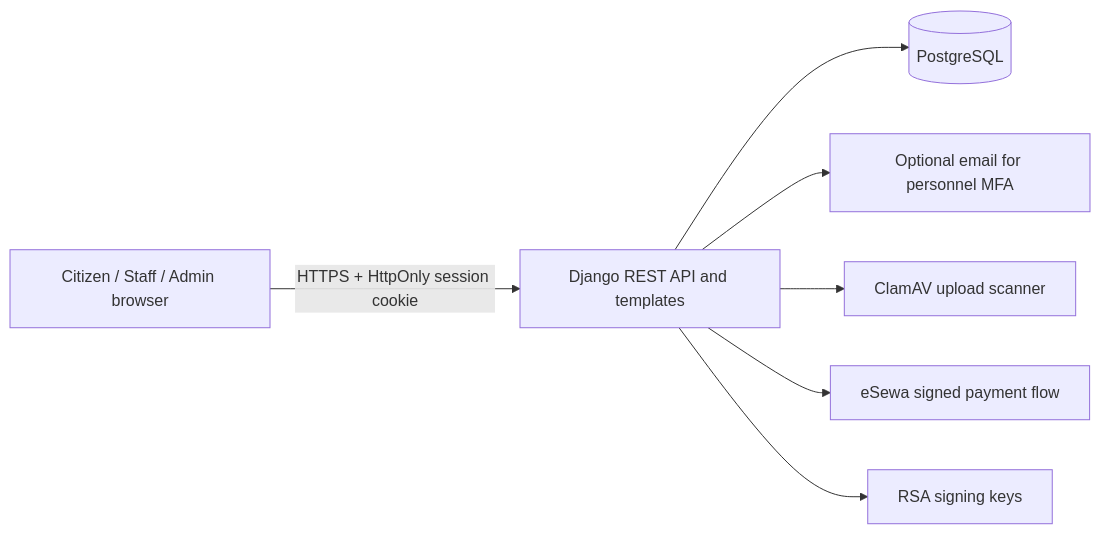
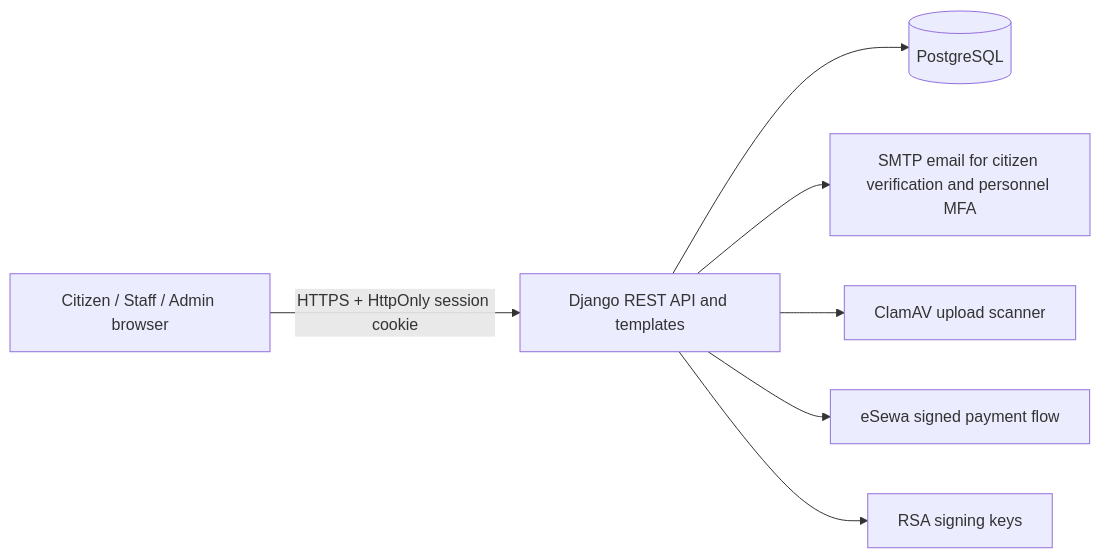
Before and after one commit to shaidkl/Passport-Office-Document-Preparation-And-Queue-Management: the diagram in README.md, drawn with Mermaid. The commit also changed other lines of this file and 56 other files, not shown here.

````diff
--- a/README.md
+++ b/README.md
@@ -9,9 +9,9 @@
 ```mermaid
 flowchart LR
     Browser[Citizen / Staff / Admin browser] -->|HTTPS + HttpOnly session cookie| Django[Django REST API and templates]
     Django --> PostgreSQL[(PostgreSQL)]
-    Django --> Mail[Optional email for personnel MFA]
+    Django --> Mail[SMTP email for citizen verification and personnel MFA]
     Django --> Scan[ClamAV upload scanner]
     Django --> Pay[eSewa signed payment flow]
     Django --> Keys[RSA signing keys]
 ```
````
